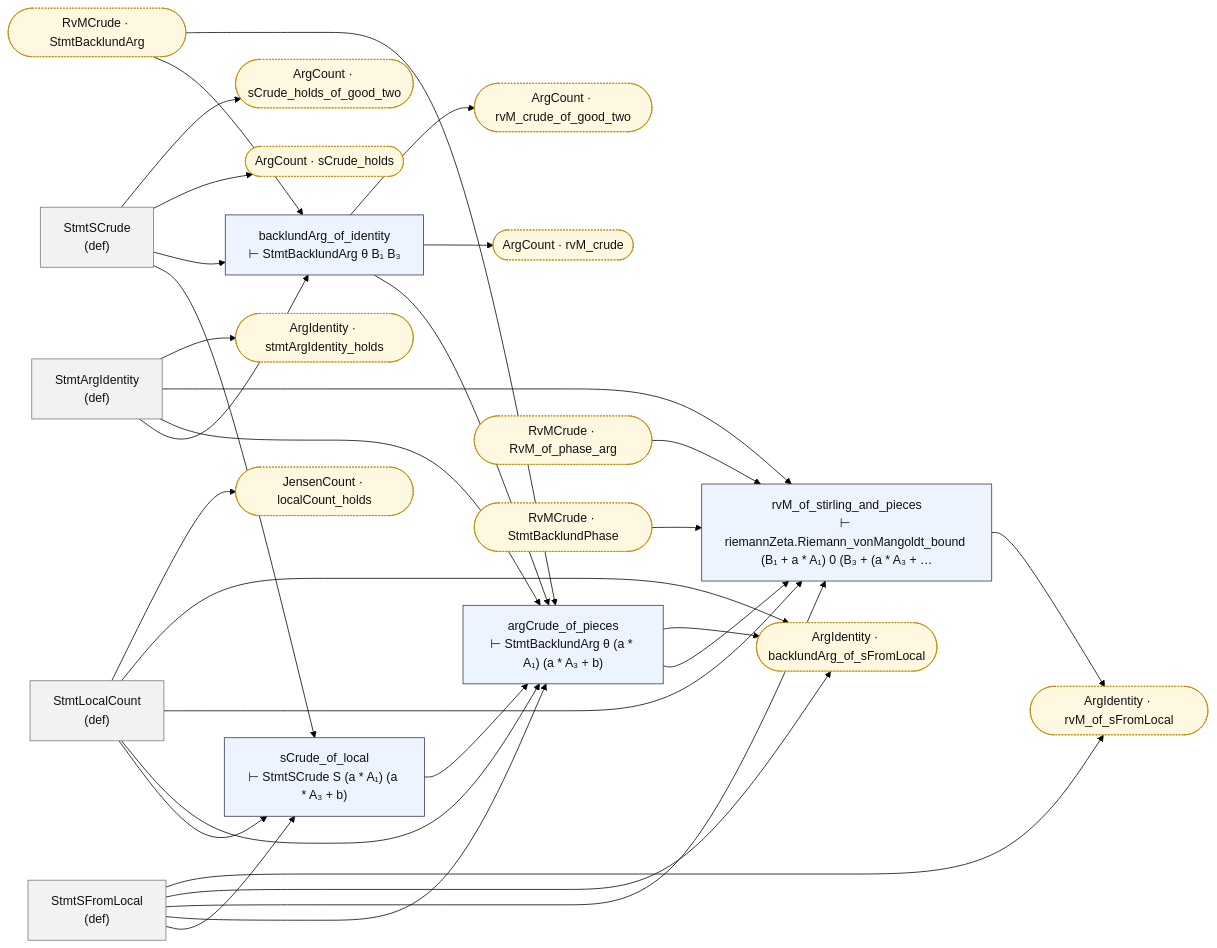
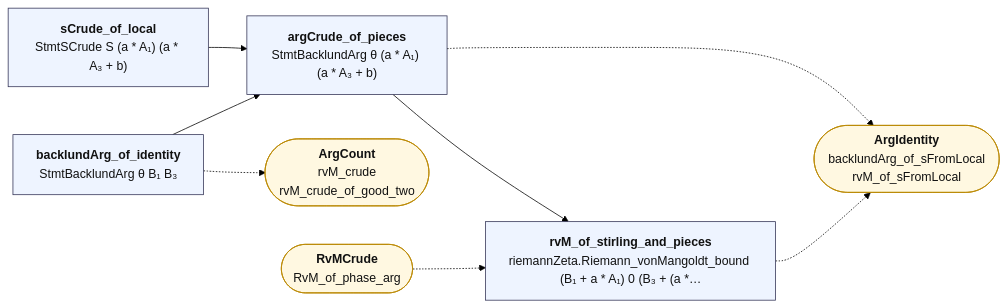
The diagram in map/lean_stage3/ArgCrude.md (juliansambranojr/Primebeat_081426), drawn with Mermaid (forest theme) before and after one commit. The commit also changed other lines of this file and 387 other files, not shown here.

````diff
--- a/map/lean_stage3/ArgCrude.md
+++ b/map/lean_stage3/ArgCrude.md
@@ -8,57 +12,22 @@
 ```mermaid
 flowchart LR
-  n0["StmtArgIdentity<br/>(def)"]:::dfn
-  n1["StmtSCrude<br/>(def)"]:::dfn
-  n2["StmtLocalCount<br/>(def)"]:::dfn
-  n3["StmtSFromLocal<br/>(def)"]:::dfn
-  n4["sCrude_of_local<br/>⊢ StmtSCrude S (a * A₁) (a * A₃ + b)"]:::thm
-  n5["backlundArg_of_identity<br/>⊢ StmtBacklundArg θ B₁ B₃"]:::thm
-  n6["argCrude_of_pieces<br/>⊢ StmtBacklundArg θ (a * A₁) (a * A₃ + b)"]:::thm
-  n7["rvM_of_stirling_and_pieces<br/>⊢ riemannZeta.Riemann_vonMangoldt_bound (B₁ + a * A₁) 0 (B₃ + (a * A₃ + …"]:::thm
-  x0(["ArgCount · rvM_crude"]):::ext
-  x1(["ArgCount · rvM_crude_of_good_two"]):::ext
-  x2(["ArgCount · sCrude_holds"]):::ext
-  x3(["ArgCount · sCrude_holds_of_good_two"]):::ext
-  x4(["ArgIdentity · backlundArg_of_sFromLocal"]):::ext
-  x5(["ArgIdentity · rvM_of_sFromLocal"]):::ext
-  x6(["ArgIdentity · stmtArgIdentity_holds"]):::ext
-  x7(["JensenCount · localCount_holds"]):::ext
-  x8(["RvMCrude · RvM_of_phase_arg"]):::ext
-  x9(["RvMCrude · StmtBacklundArg"]):::ext
-  x10(["RvMCrude · StmtBacklundPhase"]):::ext
-  n0 --> n5
-  n0 --> n6
-  n0 --> n7
-  n0 --> x6
-  n1 --> n4
-  n1 --> n5
-  n1 --> x2
-  n1 --> x3
-  n2 --> n4
-  n2 --> n6
-  n2 --> n7
-  n2 --> x4
-  n2 --> x7
-  n3 --> n4
-  n3 --> n6
-  n3 --> n7
-  n3 --> x4
-  n3 --> x5
-  n4 --> n6
-  n5 --> n6
-  n5 --> x0
-  n5 --> x1
-  n6 --> n7
-  n6 --> x4
-  n7 --> x5
-  x10 --> n7
-  x8 --> n7
-  x9 --> n5
-  x9 --> n6
+  n0["<b>sCrude_of_local</b><br/>StmtSCrude S (a * A₁) (a * A₃ + b)"]:::thm
+  n1["<b>backlundArg_of_identity</b><br/>StmtBacklundArg θ B₁ B₃"]:::thm
+  n2["<b>argCrude_of_pieces</b><br/>StmtBacklundArg θ (a * A₁) (a * A₃ + b)"]:::thm
+  n3["<b>rvM_of_stirling_and_pieces</b><br/>riemannZeta.Riemann_vonMangoldt_bound (B₁ + a * A₁) 0 (B₃ + (a *…"]:::thm
+  x0(["<b>ArgCount</b><br/>rvM_crude<br/>rvM_crude_of_good_two"]):::ext
+  x1(["<b>ArgIdentity</b><br/>backlundArg_of_sFromLocal<br/>rvM_of_sFromLocal"]):::ext
+  x2(["<b>RvMCrude</b><br/>RvM_of_phase_arg"]):::ext
+  n0 --> n2
+  n1 --> n2
+  n2 --> n3
+  n1 -.-> x0
+  n2 -.-> x1
+  n3 -.-> x1
+  x2 -.-> n3
   classDef thm fill:#eef4ff,stroke:#335,color:#111
-  classDef dfn fill:#f2f2f2,stroke:#777,color:#111
   classDef end_ fill:#e7f7e7,stroke:#2a7,color:#111,stroke-width:2px
   classDef lone fill:#fff,stroke:#999,color:#111,stroke-dasharray:4 3
   classDef bad fill:#ffe5e5,stroke:#c22,color:#111,stroke-width:2px
-  classDef ext fill:#fff8e1,stroke:#b80,color:#111,stroke-dasharray:2 2
+  classDef ext fill:#fff8e1,stroke:#b80,color:#111
 ```
````
